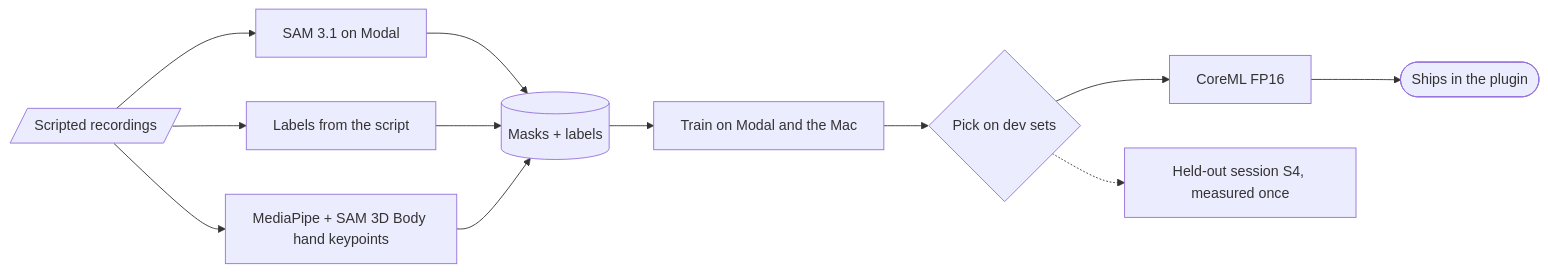
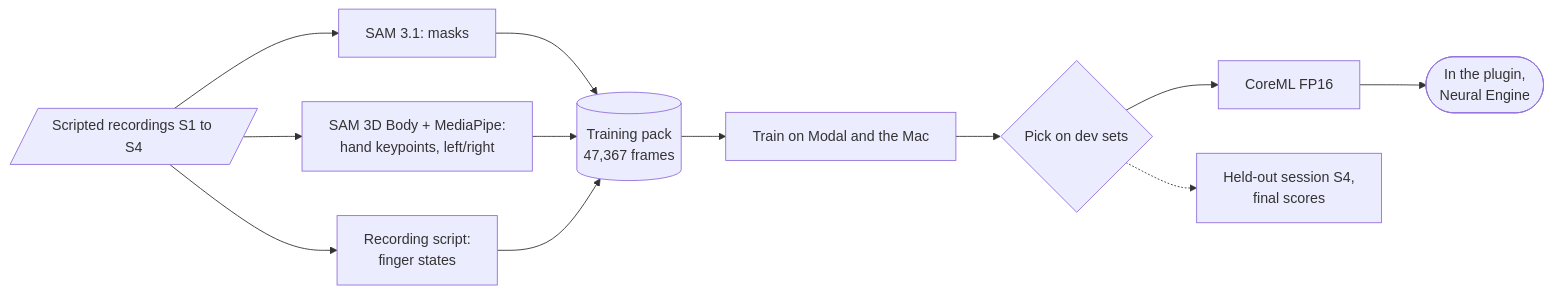
One commit to smashburger-dev/synthexis changed the third of 5 diagrams in README.md. Above: the diagram before and after it, drawn with Mermaid. The commit also changed other lines of this file and 125 other files, not shown here.

````diff
--- a/README.md
+++ b/README.md
@@ -79,9 +140,9 @@
 ```mermaid
 flowchart LR
-    rec[/"Scripted recordings"/] --> samM["SAM 3.1 on Modal"] --> ds[("Masks + labels")]
-    rec --> script["Labels from the script"] --> ds
-    rec --> kp["MediaPipe + SAM 3D Body hand keypoints"] --> ds
+    rec[/"Scripted recordings S1 to S4"/] --> sam["SAM 3.1: masks"] --> ds[("Training pack<br/>47,367 frames")]
+    rec --> s3d["SAM 3D Body + MediaPipe:<br/>hand keypoints, left/right"] --> ds
+    rec --> script["Recording script:<br/>finger states"] --> ds
     ds --> train["Train on Modal and the Mac"] --> pick{"Pick on dev sets"}
-    pick --> coreml["CoreML FP16"] --> plugin(["Ships in the plugin"])
-    pick -.-> s4["Held-out session S4, measured once"]
+    pick --> coreml["CoreML FP16"] --> plugin(["In the plugin,<br/>Neural Engine"])
+    pick -.-> s4["Held-out session S4,<br/>final scores"]
 ```
````
